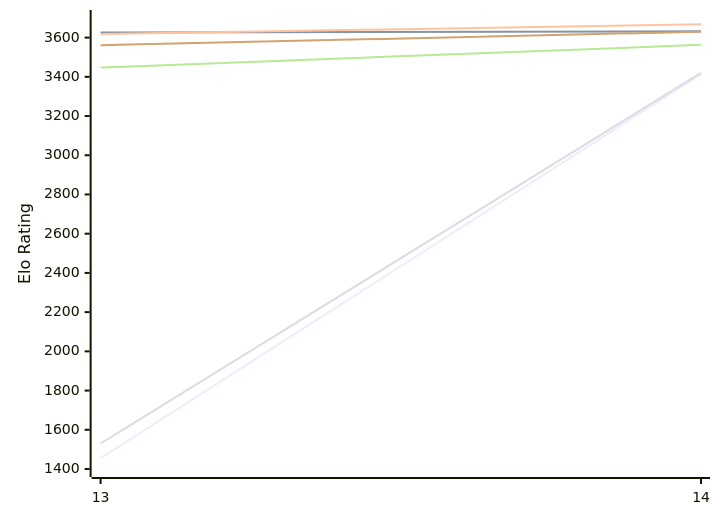
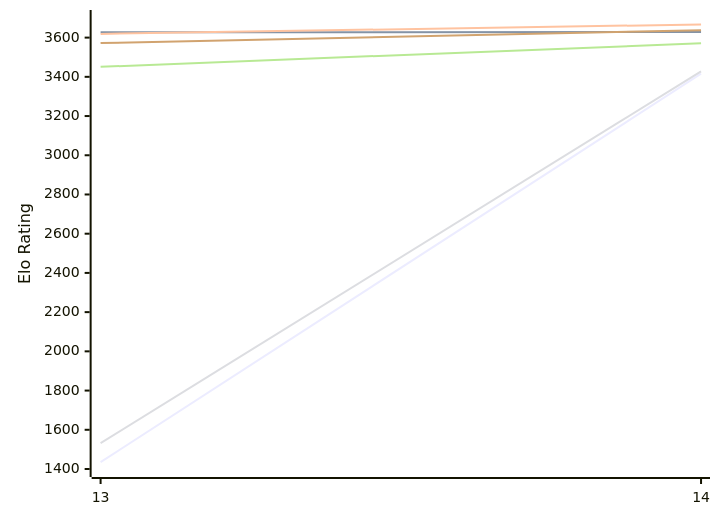
Before and after one commit to computer-chess-index/cci: the first of 2 diagrams in engines/Berserk.md, drawn with Mermaid. The commit also changed other lines of this file, not shown here.

Commit message:
Update CCI Ratings (ELO VLTC) - 2026-11-25

````diff
--- a/engines/Berserk.md
+++ b/engines/Berserk.md
@@ -50,12 +50,12 @@
 ```mermaid
 %%{init: {"theme":"base","themeVariables":{"seriesColors:['#a3a3a3','#222221','#faa371']}}}%%
 xychart-beta
   x-axis ["13", "14"]
   y-axis "Elo Rating" 1400 --> 3700
-  line "E1: STC (8.0+0.08s)" [1455, 3414]
-  line "E1: LTC (60.0+0.60s)" [3626, 3632]
-  line "E1: VLTC (2m24s+1.12s)" [3618, 3668]
-  line "P1: STC (8.0+0.08s)" [1530, 3420]
-  line "P1: LTC (60.0+0.60s)" [3447, 3563]
-  line "P1: VLTC (2m24s+1.12s)" [3561, 3630]
+  line "E1: STC (8.0+0.08s)" [1435, 3416]
+  line "E1: LTC (60.0+0.60s)" [3627, 3629]
+  line "E1: VLTC (2m24s+1.12s)" [3619, 3667]
+  line "P1: STC (8.0+0.08s)" [1532, 3428]
+  line "P1: LTC (60.0+0.60s)" [3451, 3571]
+  line "P1: VLTC (2m24s+1.12s)" [3572, 3638]
 ```
````
